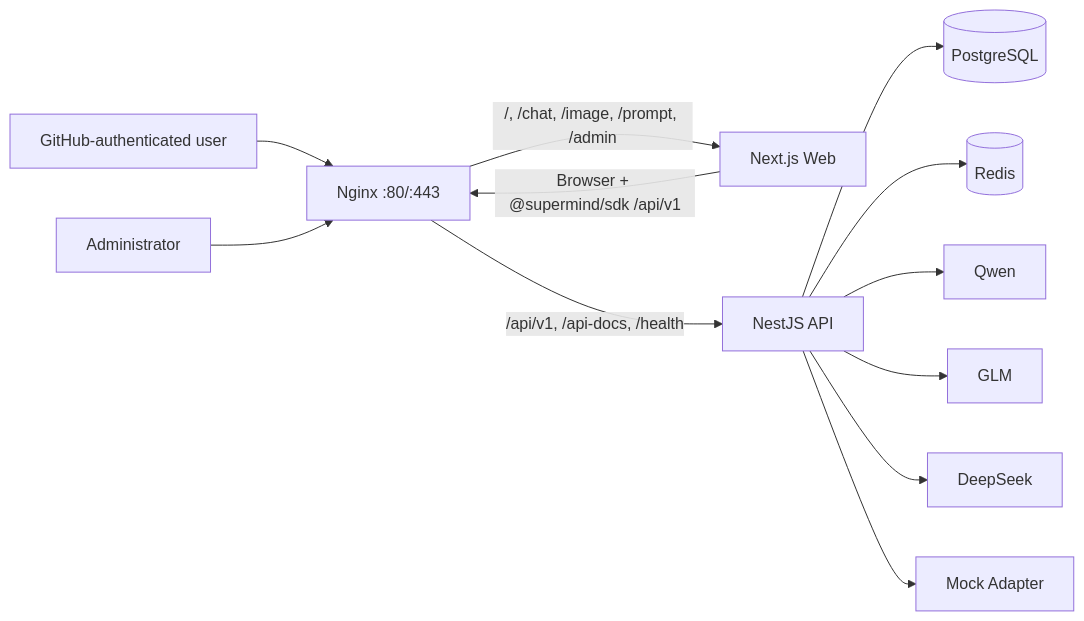
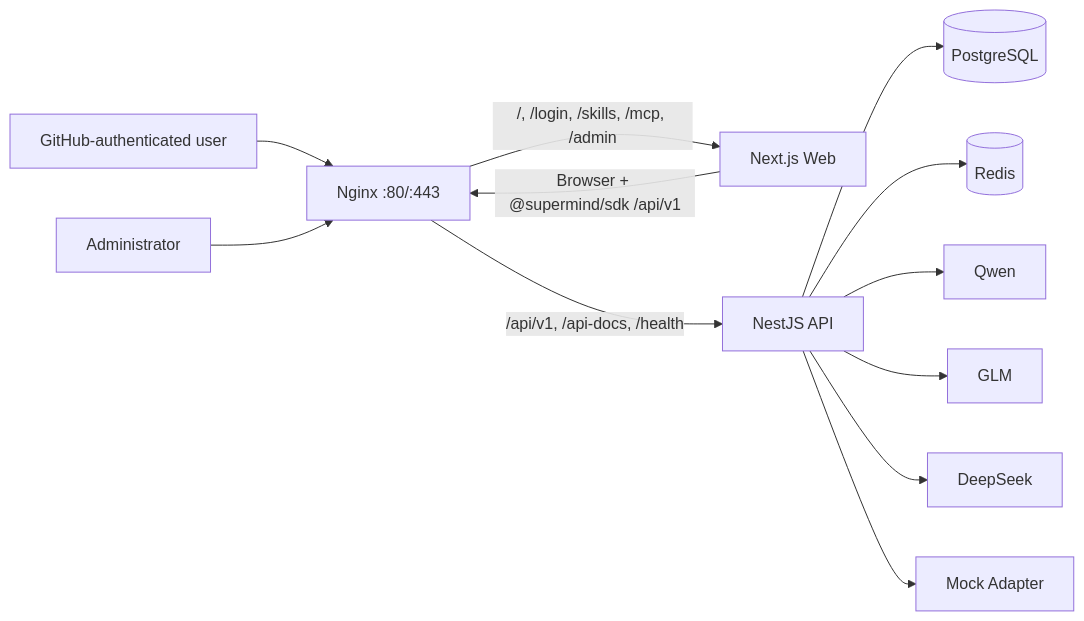
The first of 3 diagrams in openspec/changes/build-aigateway-v1/design.md (wanglsh97/super-mind-studio), drawn with Mermaid before and after one commit. The commit also changed other lines of this file and 35 other files, not shown here.

````diff
--- a/openspec/changes/build-aigateway-v1/design.md
+++ b/openspec/changes/build-aigateway-v1/design.md
@@ -38,14 +38,14 @@
 ```mermaid
 flowchart LR
     U["GitHub-authenticated user"] --> N["Nginx :80/:443"]
     M["Administrator"] --> N
-    N -->|"/, /chat, /image, /prompt, /admin"| W["Next.js Web"]
+    N -->|"/, /login, /skills, /mcp, /admin"| W["Next.js Web"]
     W -->|"Browser + @supermind/sdk /api/v1"| N
     N -->|"/api/v1, /api-docs, /health"| A["NestJS API"]
     A --> P[("PostgreSQL")]
     A --> R[("Redis")]
     A --> Q["Qwen"]
     A --> Z["GLM"]
     A --> D["DeepSeek"]
     A --> K["Mock Adapter"]
 ```
````
